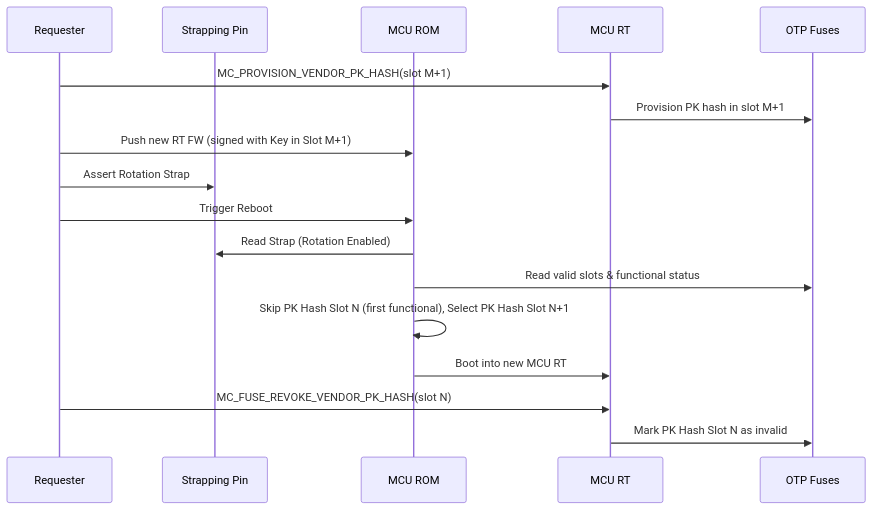
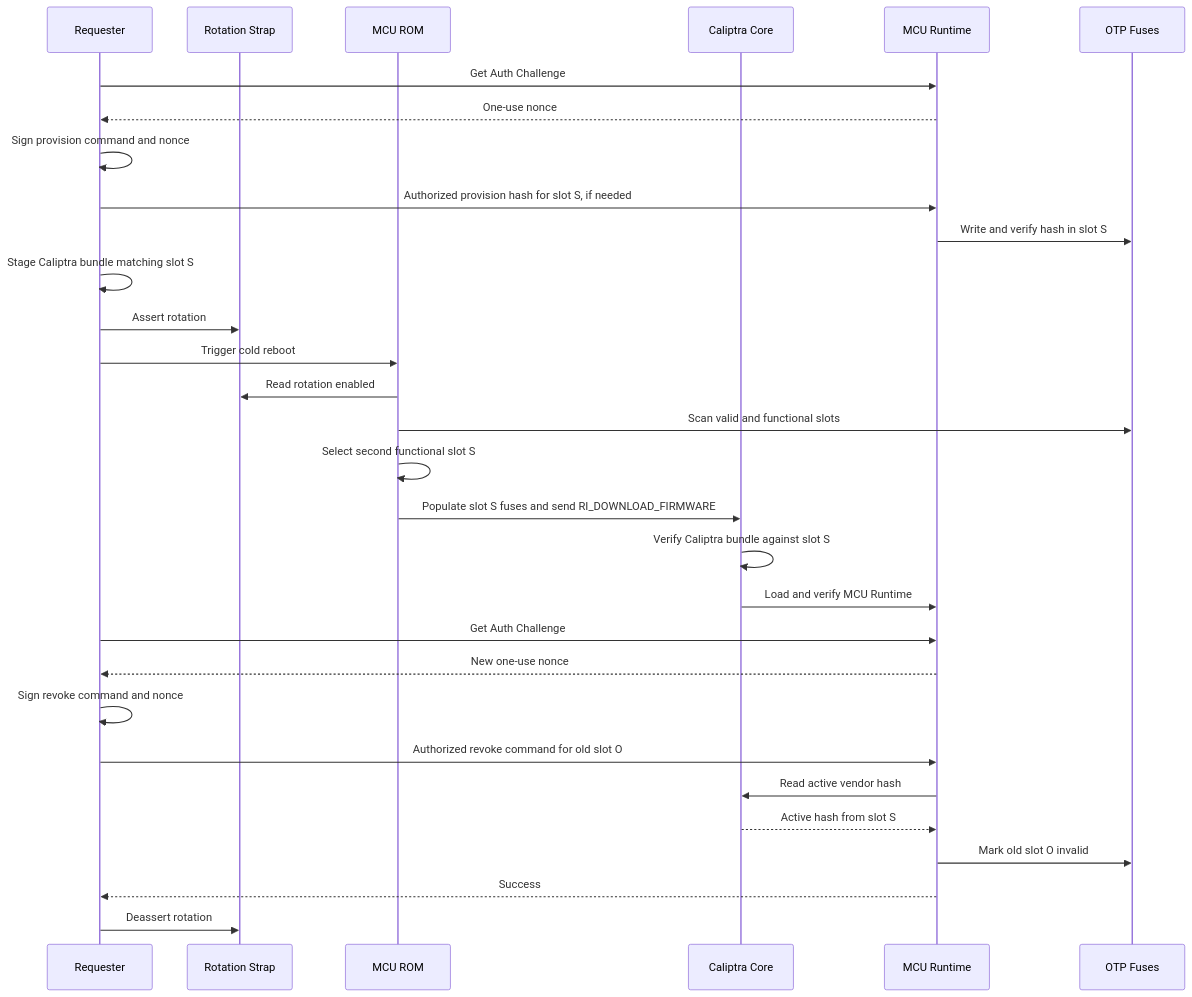
Before and after one commit to chipsalliance/caliptra-mcu-sw: the second of 2 diagrams in docs/src/integrator-guide.md, drawn with Mermaid. The commit also changed other lines of this file, not shown here.

First line of the commit message:
docs: correct 2.0 key revocation flows (#2038)

````diff
--- a/docs/src/integrator-guide.md
+++ b/docs/src/integrator-guide.md
@@ -469,20 +494,33 @@
 ```mermaid
 sequenceDiagram
     participant Requester
-    participant Strapping as Strapping Pin
+    participant Strap as Rotation Strap
     participant MCU_ROM as MCU ROM
-    participant MCU_RT as MCU RT
+    participant Core as Caliptra Core
+    participant MCU_RT as MCU Runtime
     participant Fuses as OTP Fuses
 
-    Requester->>MCU_RT: MC_PROVISION_VENDOR_PK_HASH(slot M+1)
-    MCU_RT->>Fuses: Provision PK hash in slot M+1
-    Requester->>MCU_ROM: Push new RT FW (signed with Key in Slot M+1)
-    Requester->>Strapping: Assert Rotation Strap
-    Requester->>MCU_ROM: Trigger Reboot
-    MCU_ROM->>Strapping: Read Strap (Rotation Enabled)
-    MCU_ROM->>Fuses: Read valid slots & functional status
-    MCU_ROM->>MCU_ROM: Skip PK Hash Slot N (first functional), Select PK Hash Slot N+1
-    MCU_ROM->>MCU_RT: Boot into new MCU RT
-    Requester->>MCU_RT: MC_FUSE_REVOKE_VENDOR_PK_HASH(slot N)
-    MCU_RT->>Fuses: Mark PK Hash Slot N as invalid
+    Requester->>MCU_RT: Get Auth Challenge
+    MCU_RT-->>Requester: One-use nonce
+    Requester->>Requester: Sign provision command and nonce
+    Requester->>MCU_RT: Authorized provision hash for slot S, if needed
+    MCU_RT->>Fuses: Write and verify hash in slot S
+    Requester->>Requester: Stage Caliptra bundle matching slot S
+    Requester->>Strap: Assert rotation
+    Requester->>MCU_ROM: Trigger cold reboot
+    MCU_ROM->>Strap: Read rotation enabled
+    MCU_ROM->>Fuses: Scan valid and functional slots
+    MCU_ROM->>MCU_ROM: Select second functional slot S
+    MCU_ROM->>Core: Populate slot S fuses and send RI_DOWNLOAD_FIRMWARE
+    Core->>Core: Verify Caliptra bundle against slot S
+    Core->>MCU_RT: Load and verify MCU Runtime
+    Requester->>MCU_RT: Get Auth Challenge
+    MCU_RT-->>Requester: New one-use nonce
+    Requester->>Requester: Sign revoke command and nonce
+    Requester->>MCU_RT: Authorized revoke command for old slot O
+    MCU_RT->>Core: Read active vendor hash
+    Core-->>MCU_RT: Active hash from slot S
+    MCU_RT->>Fuses: Mark old slot O invalid
+    MCU_RT-->>Requester: Success
+    Requester->>Strap: Deassert rotation
 ```
````
